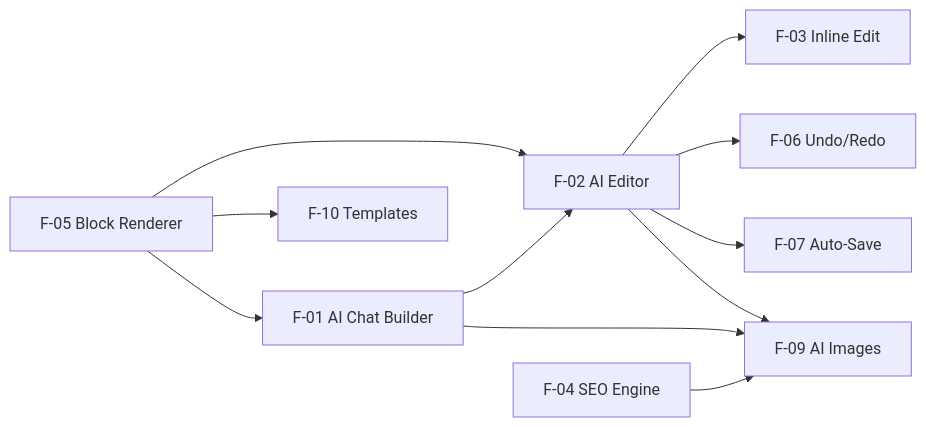
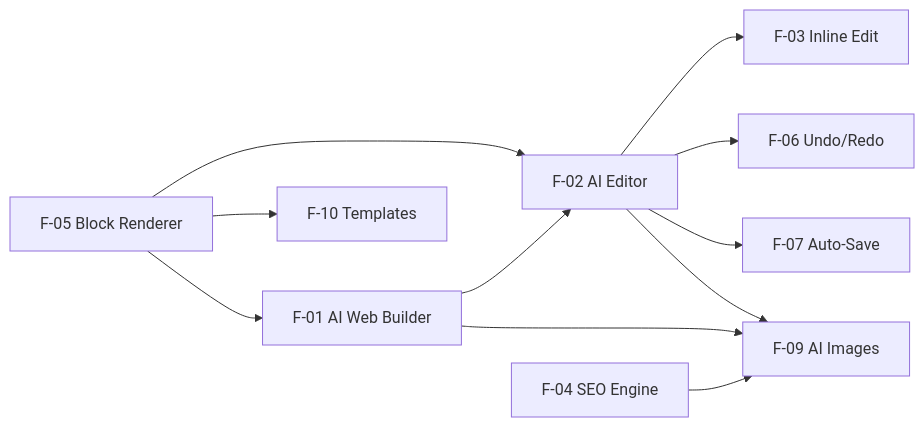
One commit to tranjunp2-cloud/Build-WebStore- changed the diagram in docs/tracking/PLAN-ai-webbuilder.md. Above: the diagram before and after it, drawn with Mermaid. The commit also changed other lines of this file and 10 other files, not shown here.

````diff
--- a/docs/tracking/PLAN-ai-webbuilder.md
+++ b/docs/tracking/PLAN-ai-webbuilder.md
@@ -548,13 +548,13 @@
 ```mermaid
 graph LR
-  F05[F-05 Block Renderer] --> F01[F-01 AI Chat Builder]
+  F05[F-05 Block Renderer] --> F01[F-01 AI Web Builder]
   F05 --> F02[F-02 AI Editor]
   F01 --> F02
   F02 --> F03[F-03 Inline Edit]
   F02 --> F06[F-06 Undo/Redo]
   F02 --> F07[F-07 Auto-Save]
   F02 --> F08[F-08 Publish]
   F01 --> F08[F-09 AI Images]
   F04[F-04 SEO Engine] --> F08
   F05 --> F09[F-10 Templates]
 ```
````
